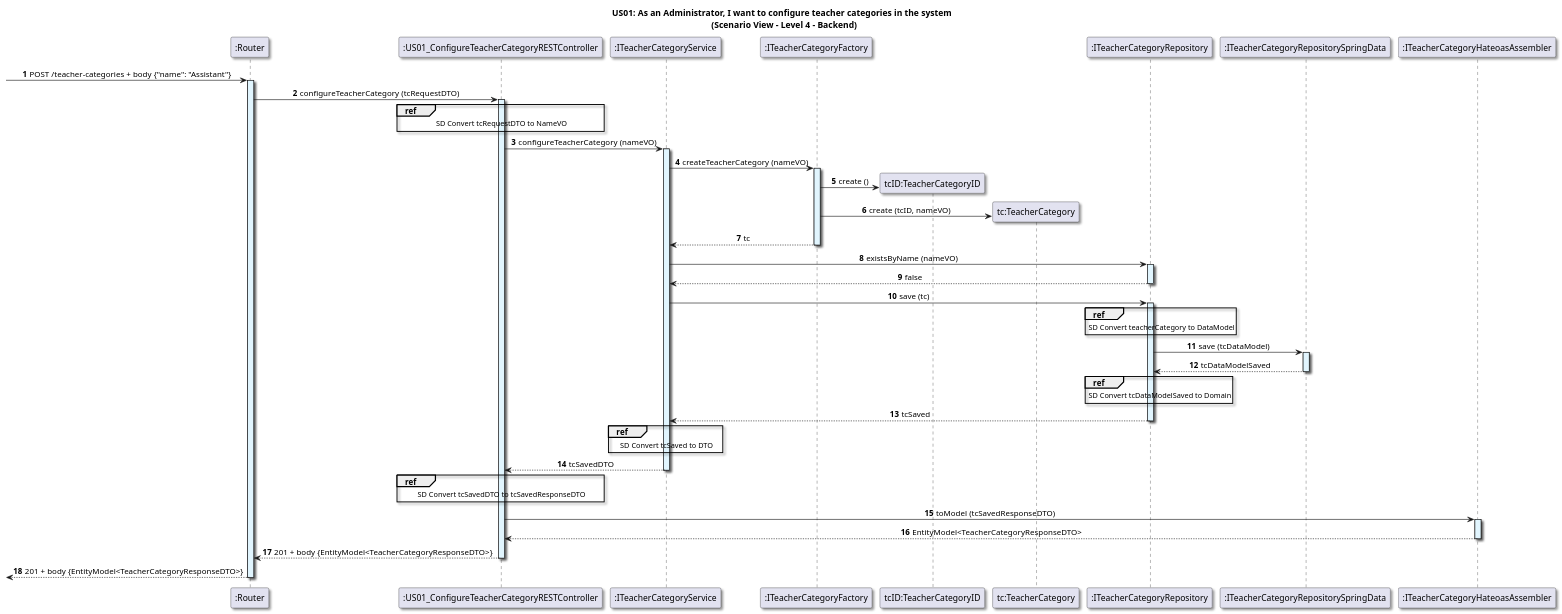
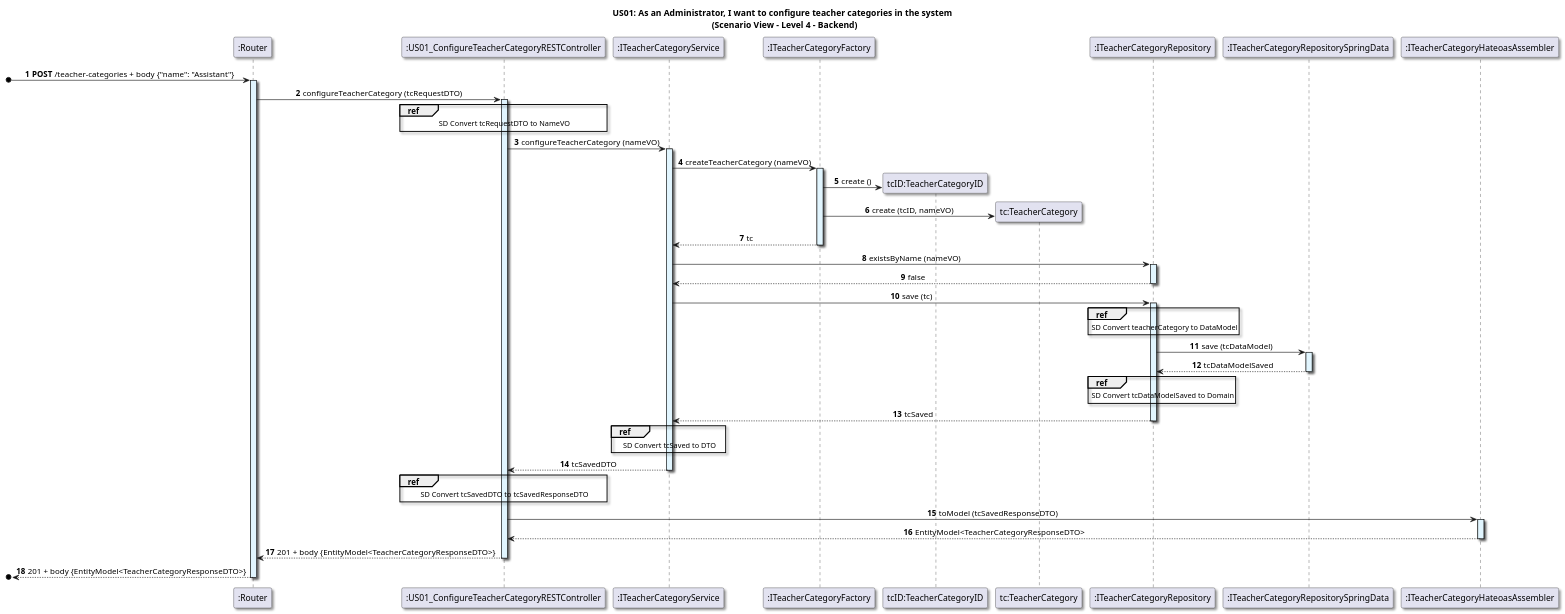
Before and after one commit to GasparISEP/DevOps-PAI: the diagram in docs/US01/Sprint6_RestAPI/ScenarioView/Level4.puml, drawn with PlantUML. The commit also changed 3 other files, not shown here.

Commit message:
refactor (diagrams): refactor diagrams of configureTeacherCategory functionality with minor adjustments #675 #713

```diff
--- a/docs/US01/Sprint6_RestAPI/ScenarioView/Level4.puml
+++ b/docs/US01/Sprint6_RestAPI/ScenarioView/Level4.puml
@@ -1,89 +1,89 @@
 @startuml
 
 title US01: As an Administrator, I want to configure teacher categories in the system \n (Scenario View - Level 4 - Backend)
 
 skinparam defaultTextAlignment center
 skinparam shadowing true
 
 autonumber
 
 participant ":Router" as router
--> router: POST /teacher-categories + body {"name": "Assistant"}
+[o-> router: **POST** /teacher-categories + body {"name": "Assistant"}
 activate router #E1F5FE
 
 participant ":US01_ConfigureTeacherCategoryRESTController" as Controller
 router -> Controller: configureTeacherCategory (tcRequestDTO)
 activate Controller #E1F5FE
 
 ref over Controller
    SD Convert tcRequestDTO to NameVO
 end
 
 participant ":ITeacherCategoryService" as service
 Controller -> service: configureTeacherCategory (nameVO)
 activate service #E1F5FE
 
 participant ":ITeacherCategoryFactory" as Factory
 service -> Factory: createTeacherCategory (nameVO)
 activate Factory #E1F5FE
 
 create "tcID:TeacherCategoryID"
 Factory -> "tcID:TeacherCategoryID": create ()
 
 create "tc:TeacherCategory"
 Factory -> "tc:TeacherCategory": create (tcID, nameVO)
 
 Factory --> service: tc
 deactivate Factory
 
 participant ":ITeacherCategoryRepository" as Repository
 service -> Repository: existsByName (nameVO)
 activate Repository #E1F5FE
 Repository --> service: false
 deactivate Repository
 
 service -> Repository: save (tc)
 activate Repository #E1F5FE
 
 ref over Repository
     SD Convert teacherCategory to DataModel
 end
 
 participant ":ITeacherCategoryRepositorySpringData" as springDataRepository
 Repository -> springDataRepository: save (tcDataModel)
 activate springDataRepository #E1F5FE
 springDataRepository --> Repository : tcDataModelSaved
 deactivate springDataRepository
 
 ref over Repository
     SD Convert tcDataModelSaved to Domain
 end
 
 Repository --> service: tcSaved
 deactivate Repository
 
 ref over service
     SD Convert tcSaved to DTO
 end
 
 service --> Controller: tcSavedDTO
 deactivate service
 
 ref over Controller
     SD Convert tcSavedDTO to tcSavedResponseDTO
 end
 
 participant ":ITeacherCategoryHateoasAssembler" as hateoasAssembler
 Controller -> hateoasAssembler: toModel (tcSavedResponseDTO)
 activate hateoasAssembler #E1F5FE
 
 hateoasAssembler --> Controller: EntityModel<TeacherCategoryResponseDTO>
 deactivate hateoasAssembler
 
 Controller --> router: 201 + body {EntityModel<TeacherCategoryResponseDTO>}
 deactivate Controller
 
-<-- router: 201 + body {EntityModel<TeacherCategoryResponseDTO>}
+[o<-- router: 201 + body {EntityModel<TeacherCategoryResponseDTO>}
 deactivate router
 
 @enduml
```
